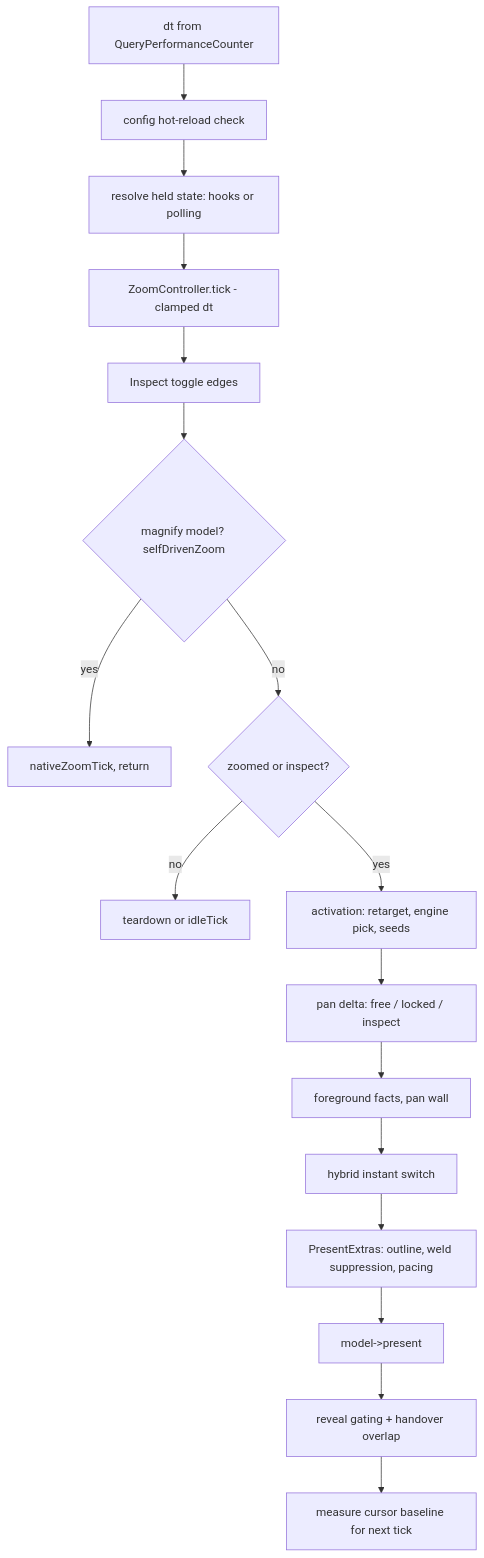
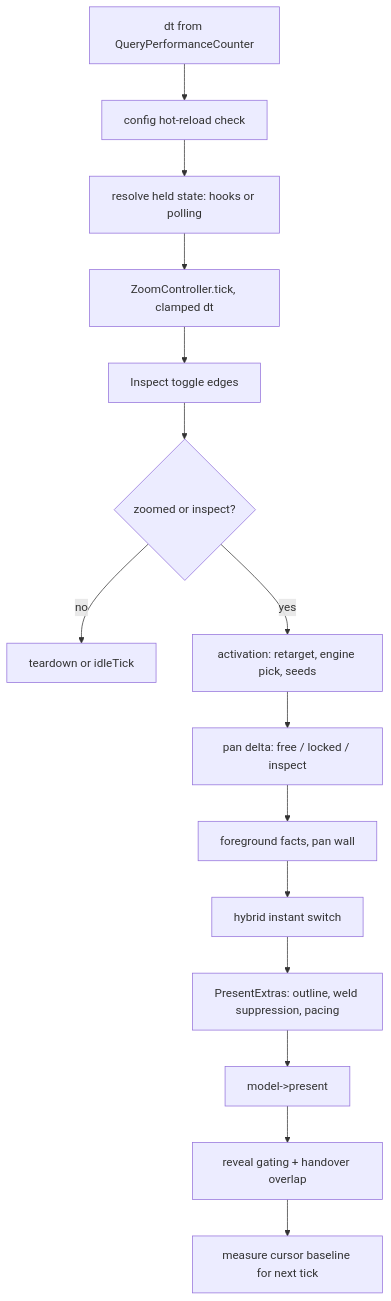
The diagram in docs/architecture/02-tick-loop.md (Maxaubert/Wind), drawn with Mermaid before and after one commit. The commit also changed other lines of this file and 142 other files, not shown here.

First line of the commit message:
docs: overhaul README, CLAUDE.md, architecture and findings (#357) (#358)

````diff
--- a/docs/architecture/02-tick-loop.md
+++ b/docs/architecture/02-tick-loop.md
@@ -26,19 +19,17 @@
 ```mermaid
 flowchart TD
   DT[dt from QueryPerformanceCounter] --> CFG[config hot-reload check]
   CFG --> HELD[resolve held state: hooks or polling]
-  HELD --> ZOOM[ZoomController.tick - clamped dt]
+  HELD --> ZOOM[ZoomController.tick, clamped dt]
   ZOOM --> INS[Inspect toggle edges]
-  INS --> SELF{magnify model? selfDrivenZoom}
-  SELF -- yes --> NZT[nativeZoomTick, return]
-  SELF -- no --> ACT{zoomed or inspect?}
+  INS --> ACT{zoomed or inspect?}
   ACT -- no --> IDLE[teardown or idleTick]
   ACT -- yes --> ENTER[activation: retarget, engine pick, seeds]
   ENTER --> PAN[pan delta: free / locked / inspect]
   PAN --> FG[foreground facts, pan wall]
   FG --> SWITCH[hybrid instant switch]
   SWITCH --> EX[PresentExtras: outline, weld suppression, pacing]
   EX --> PRESENT[model->present]
   PRESENT --> REVEAL[reveal gating + handover overlap]
   REVEAL --> BASE[measure cursor baseline for next tick]
 ```
````
